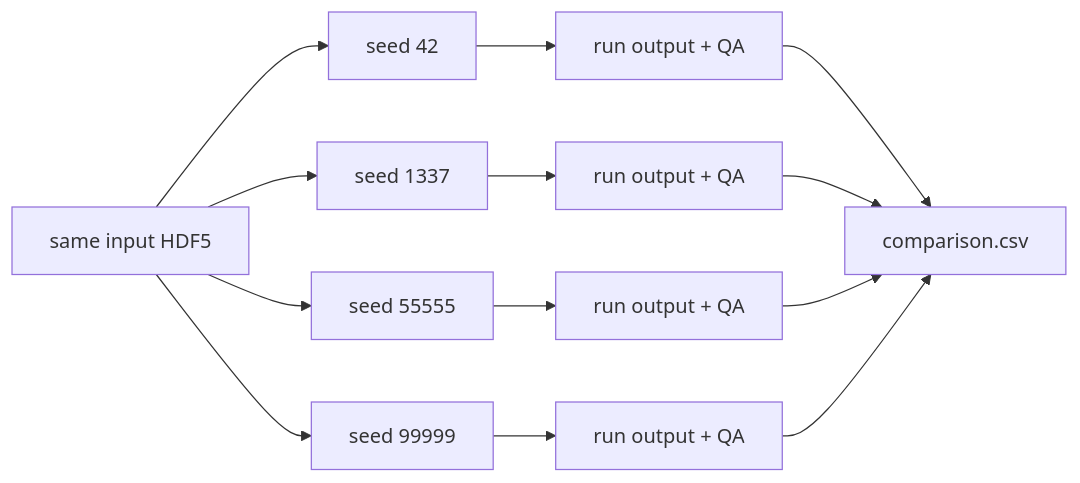
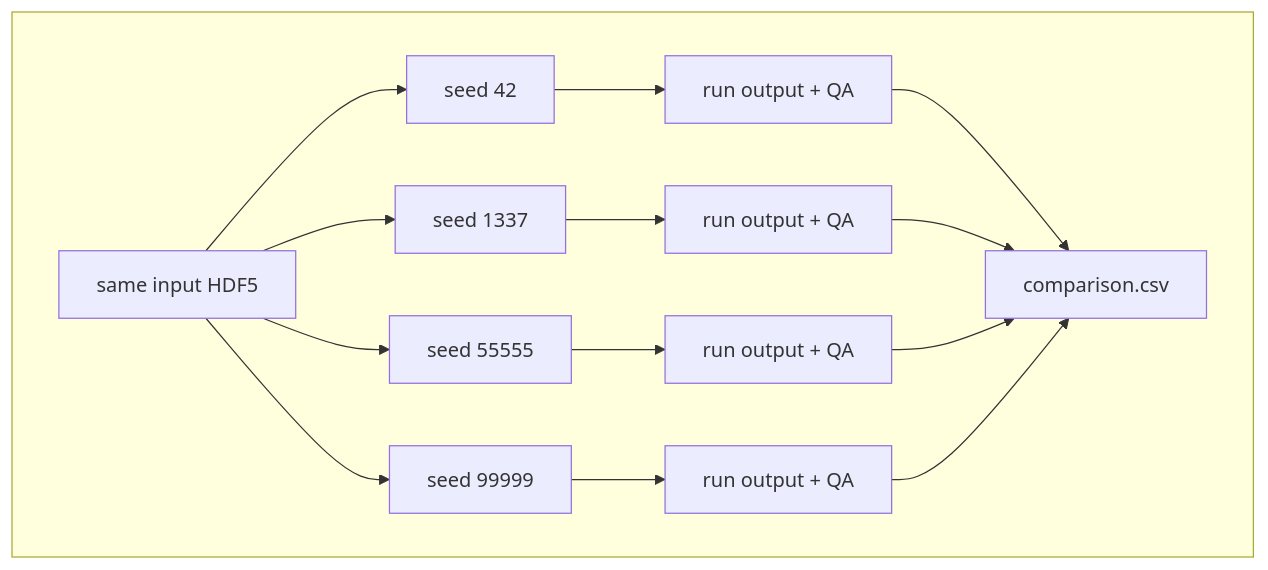
The first of 2 diagrams in Project_3_ReadMe.md (madantimalsina/sim2spec), drawn with Mermaid before and after one commit.

Commit message:
Refactor mermaid diagram for clarity

````diff
--- a/Project_3_ReadMe.md
+++ b/Project_3_ReadMe.md
@@ -18,15 +18,18 @@
 ```mermaid
 flowchart LR
-    A[same input HDF5] --> B[seed 42]
-    A --> C[seed 1337]
-    A --> D[seed 55555]
-    A --> E[seed 99999]
-    B --> F[run output + QA]
-    C --> G[run output + QA]
-    D --> H[run output + QA]
-    E --> I[run output + QA]
-    F --> J[comparison.csv]
-    G --> J
-    H --> J
-    I --> J
+    subgraph row1[" "]
+        direction LR
+        A[same input HDF5] --> B[seed 42]
+        A --> C[seed 1337]
+        A --> D[seed 55555]
+        A --> E[seed 99999]
+        B --> F[run output + QA]
+        C --> G[run output + QA]
+        D --> H[run output + QA]
+        E --> I[run output + QA]
+        F --> J[comparison.csv]
+        G --> J
+        H --> J
+        I --> J
+    end
 ```
````
